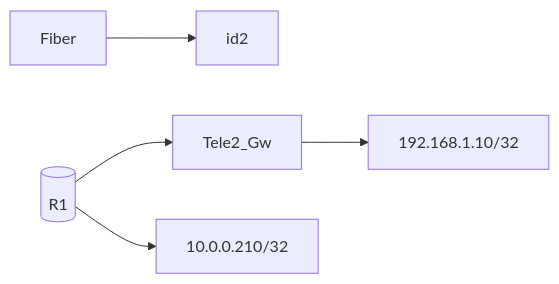
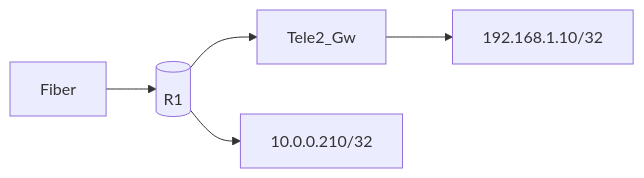
The second of 2 diagrams in Topology.md (notkasim/DOCS), drawn with Mermaid before and after one commit.

````diff
--- a/Topology.md
+++ b/Topology.md
@@ -20,8 +20,8 @@
 ```mermaid
 graph LR;
     id3[(R1)]
-    Fiber-->id2;
+    Fiber-->id3;
     id3-->Tele2_Gw
     id3-->10.0.0.210/32
     Tele2_Gw-->192.168.1.10/32
 ```
````
